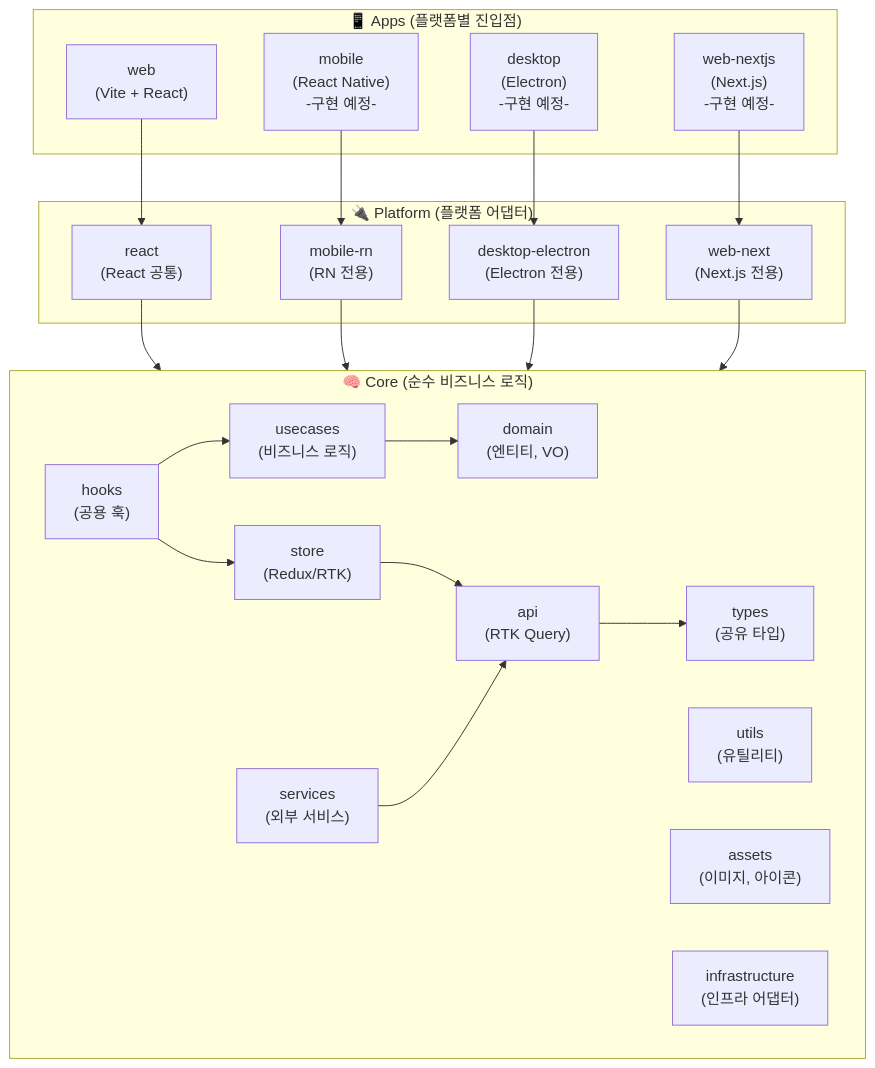
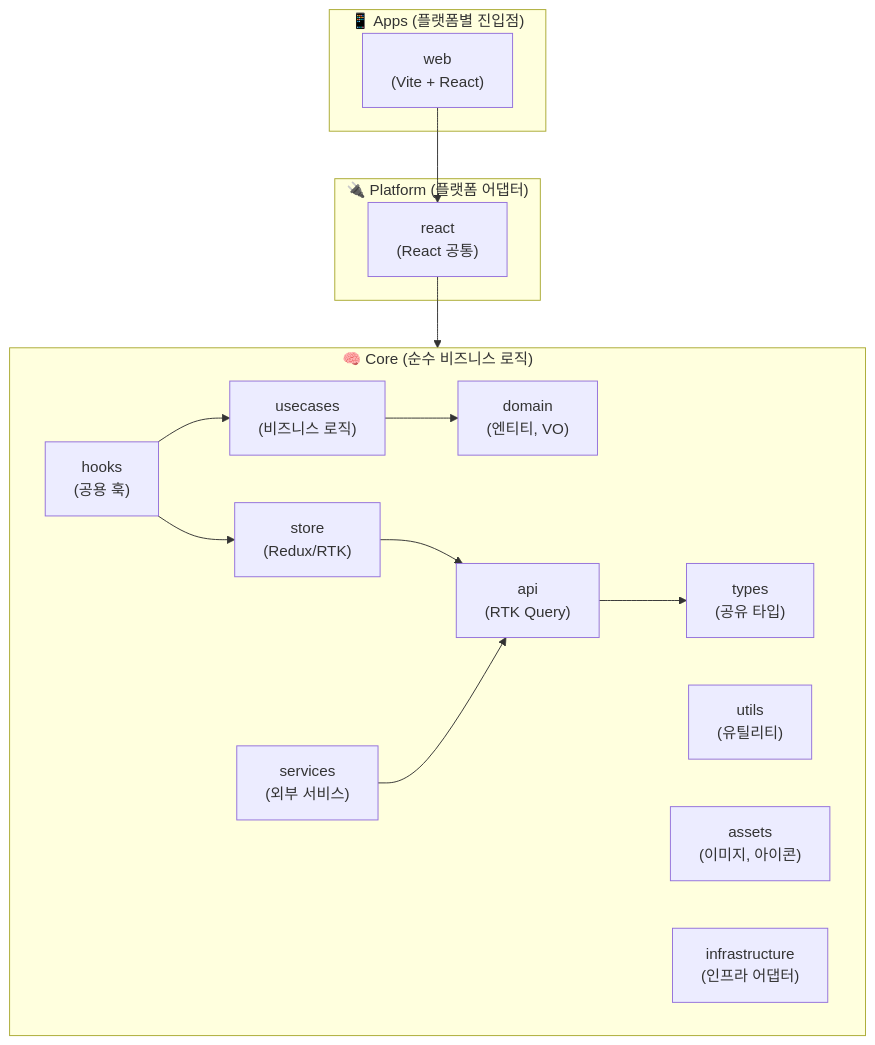
The first of 3 diagrams in Frontend/README.md (ramyo564/L_N_Project), drawn with Mermaid before and after one commit. The commit also changed other lines of this file and 6 other files, not shown here.

````diff
--- a/Frontend/README.md
+++ b/Frontend/README.md
@@ -223,49 +217,37 @@
 ```mermaid
 graph TD
     subgraph Apps ["📱 Apps (플랫폼별 진입점)"]
         Web["web<br/>(Vite + React)"]
-        Mobile["mobile<br/>(React Native)<br/> -구현 예정-"]
-        Desktop["desktop<br/>(Electron)<br/> -구현 예정-"]
-        WebNext["web-nextjs<br/>(Next.js)<br/> -구현 예정-"]
     end
 
     subgraph Platform ["🔌 Platform (플랫폼 어댑터)"]
         PlatReact["react<br/>(React 공통)"]
-        PlatRN["mobile-rn<br/>(RN 전용)"]
-        PlatElectron["desktop-electron<br/>(Electron 전용)"]
-        PlatNext["web-next<br/>(Next.js 전용)"]
     end
 
     subgraph Core ["🧠 Core (순수 비즈니스 로직)"]
         Domain["domain<br/>(엔티티, VO)"]
         Usecases["usecases<br/>(비즈니스 로직)"]
         Store["store<br/>(Redux/RTK)"]
         API["api<br/>(RTK Query)"]
         Services["services<br/>(외부 서비스)"]
         Hooks["hooks<br/>(공용 훅)"]
         Types["types<br/>(공유 타입)"]
         Utils["utils<br/>(유틸리티)"]
         Assets["assets<br/>(이미지, 아이콘)"]
         Infrastructure["infrastructure<br/>(인프라 어댑터)"]
     end
 
     %% Apps → Platform
     Web --> PlatReact
-    Mobile --> PlatRN
-    Desktop --> PlatElectron
-    WebNext --> PlatNext
 
     %% Platform → Core (전체 Core 패키지 공유)
     PlatReact --> Core
-    PlatRN --> Core
-    PlatElectron --> Core
-    PlatNext --> Core
 
     %% Core 내부 의존성
     Usecases --> Domain
     Store --> API
     API --> Types
     Services --> API
     Hooks --> Store
     Hooks --> Usecases
 ```
````
